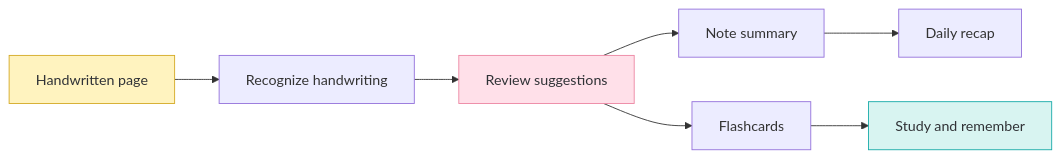
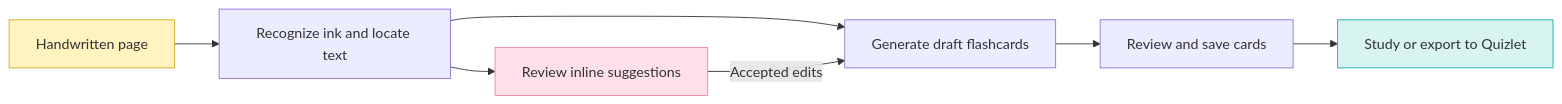
The diagram in README.md (trotterization/jibiji), drawn with Mermaid before and after one commit. The commit also changed other lines of this file, not shown here.

````diff
--- a/README.md
+++ b/README.md
@@ -114,12 +100,12 @@
 ```mermaid
 flowchart LR
-    A[Handwritten page] --> B[Recognize handwriting]
-    B --> C[Review suggestions]
-    C --> D[Note summary]
-    C --> E[Flashcards]
-    D --> F[Daily recap]
-    E --> G[Study and remember]
+    A[Handwritten page] --> B[Recognize ink and locate text]
+    B --> C[Review inline suggestions]
+    B --> D[Generate draft flashcards]
+    C -->|Accepted edits| D
+    D --> E[Review and save cards]
+    E --> G[Study or export to Quizlet]
     style A fill:#fff3bf,stroke:#d4a923,color:#303236
     style C fill:#ffe0e9,stroke:#ec86a2,color:#303236
     style G fill:#d8f4f1,stroke:#16aaa8,color:#303236
 ```
````
